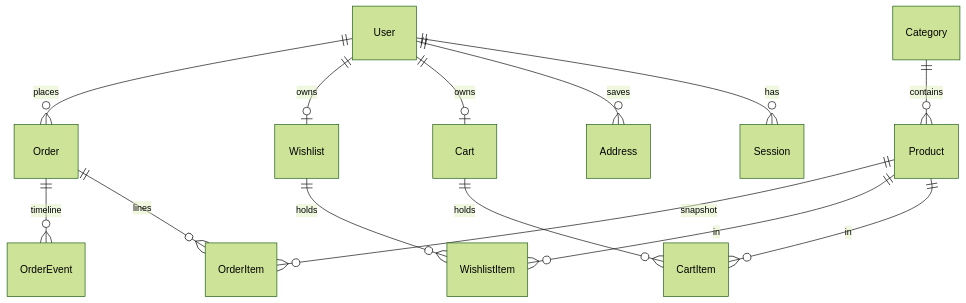
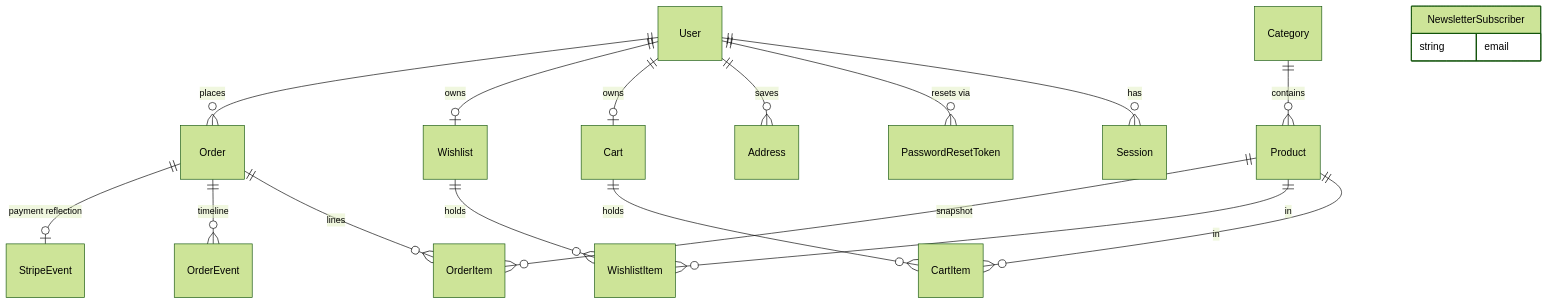
One commit to nordeim/ecommerce-store changed the diagram in Project_Architecture_Document.md. Above: the diagram before and after it, drawn with Mermaid (forest theme). The commit also changed other lines of this file and 22 other files, not shown here.

````diff
--- a/Project_Architecture_Document.md
+++ b/Project_Architecture_Document.md
@@ -585,16 +631,21 @@
 ```mermaid
 erDiagram
     User ||--o{ Session : "has"
+    User ||--o{ PasswordResetToken : "resets via"
     User ||--o{ Address : "saves"
     User ||--o| Cart : "owns"
     User ||--o| Wishlist : "owns"
     User ||--o{ Order : "places"
     Category ||--o{ Product : "contains"
     Product ||--o{ CartItem : "in"
     Product ||--o{ WishlistItem : "in"
     Product ||--o{ OrderItem : "snapshot"
     Cart ||--o{ CartItem : "holds"
     Wishlist ||--o{ WishlistItem : "holds"
     Order ||--o{ OrderItem : "lines"
     Order ||--o{ OrderEvent : "timeline"
+    Order ||--o| StripeEvent : "payment reflection"
+    NewsletterSubscriber {
+        string email
+    }
 ```
````
